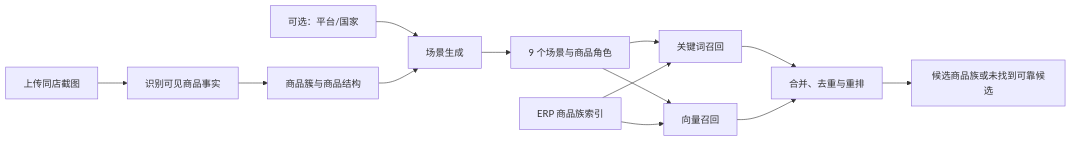
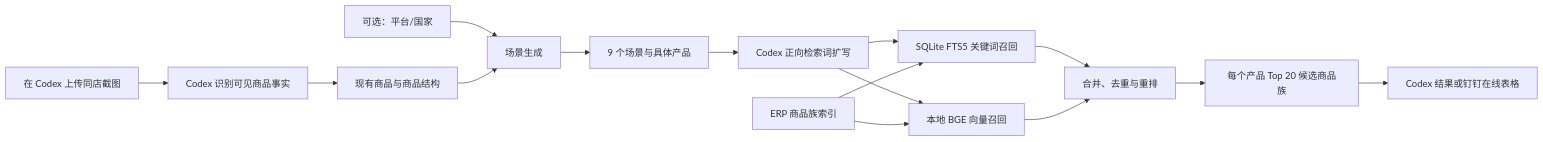
Before and after one commit to yuanZhang7777777/store-scenario-inspiration: the diagram in docs/superpowers/specs/2026-08-31-store-scenario-inspiration-mvp-design.md, drawn with Mermaid. The commit also changed other lines of this file and 2 other files, not shown here.

````diff
--- a/docs/superpowers/specs/2026-08-31-store-scenario-inspiration-mvp-design.md
+++ b/docs/superpowers/specs/2026-08-31-store-scenario-inspiration-mvp-design.md
@@ -76,15 +78,17 @@
 ```mermaid
 flowchart LR
-    A[上传同店截图] --> B[识别可见商品事实]
+    A[在 Codex 上传同店截图] --> B[Codex 识别可见商品事实]
     P[可选：平台/国家] --> D[场景生成]
-    B --> C[商品簇与商品结构]
+    B --> C[现有商品与商品结构]
     C --> D
-    D --> E[9 个场景与商品角色]
-    E --> F[关键词召回]
-    E --> G[向量召回]
+    D --> E[9 个场景与具体产品]
+    E --> X[Codex 正向检索词扩写]
+    X --> F[SQLite FTS5 关键词召回]
+    X --> G[本地 BGE 向量召回]
     F --> H[合并、去重与重排]
     G --> H
     I[ERP 商品族索引] --> F
     I --> G
-    H --> J[候选商品族或未找到可靠候选]
+    H --> J[每个产品 Top 20 候选商品族]
+    J --> K[Codex 结果或钉钉在线表格]
 ```
````
